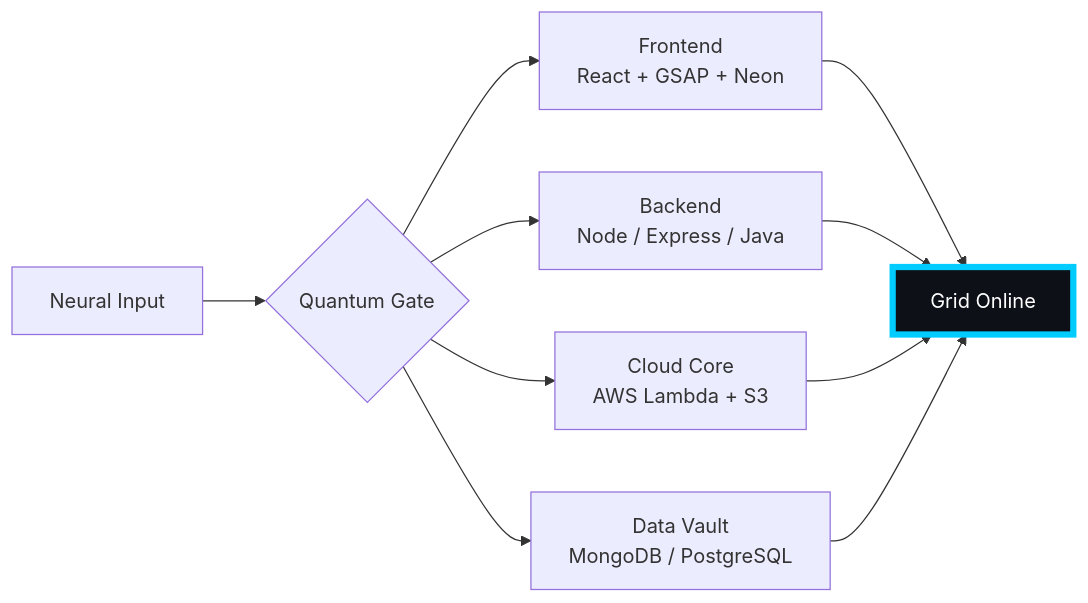
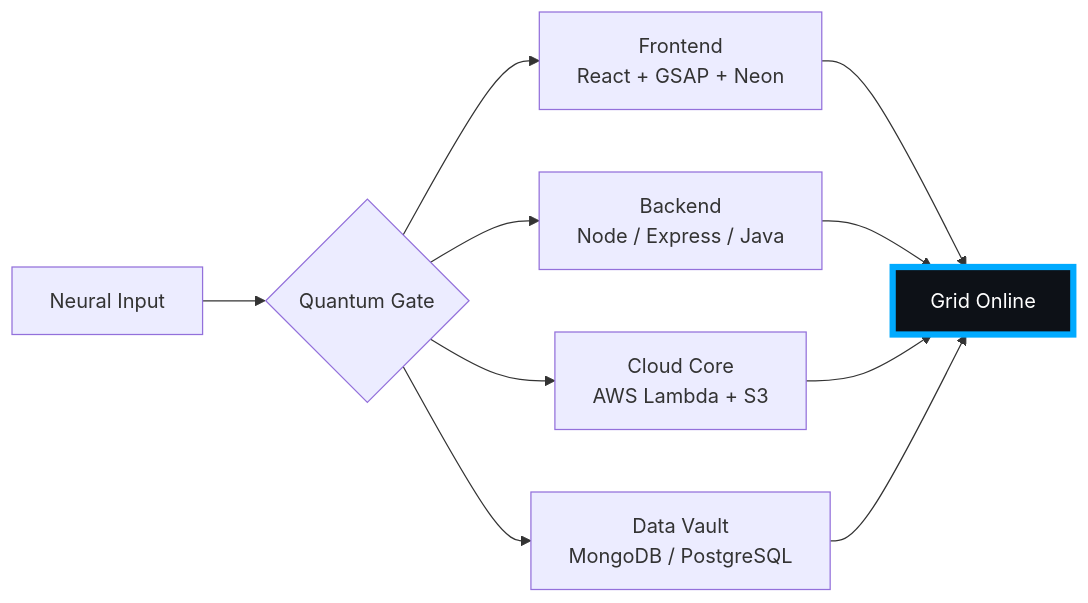
One commit to pendemvamsi/pendemvamsi changed the diagram in README.md. Above: the diagram before and after it, drawn with Mermaid. The commit also changed other lines of this file and 1 other file, not shown here.

````diff
--- a/README.md
+++ b/README.md
@@ -32,10 +32,10 @@
 ```mermaid
 flowchart LR
     U[Neural Input] --> G{Quantum Gate}
     G --> F[Frontend<br>React + GSAP + Neon]
     G --> B[Backend<br>Node / Express / Java]
     G --> C[Cloud Core<br>AWS Lambda + S3]
     G --> D[Data Vault<br>MongoDB / PostgreSQL]
     F & B & C & D --> O[Grid Online]
-    style O fill:#0d1117,stroke:#00CCFF,stroke-width:5px,color:#fff
+    style O fill:#0d1117,stroke:#00AAFF,stroke-width:5px,color:#fff
 ```
````
